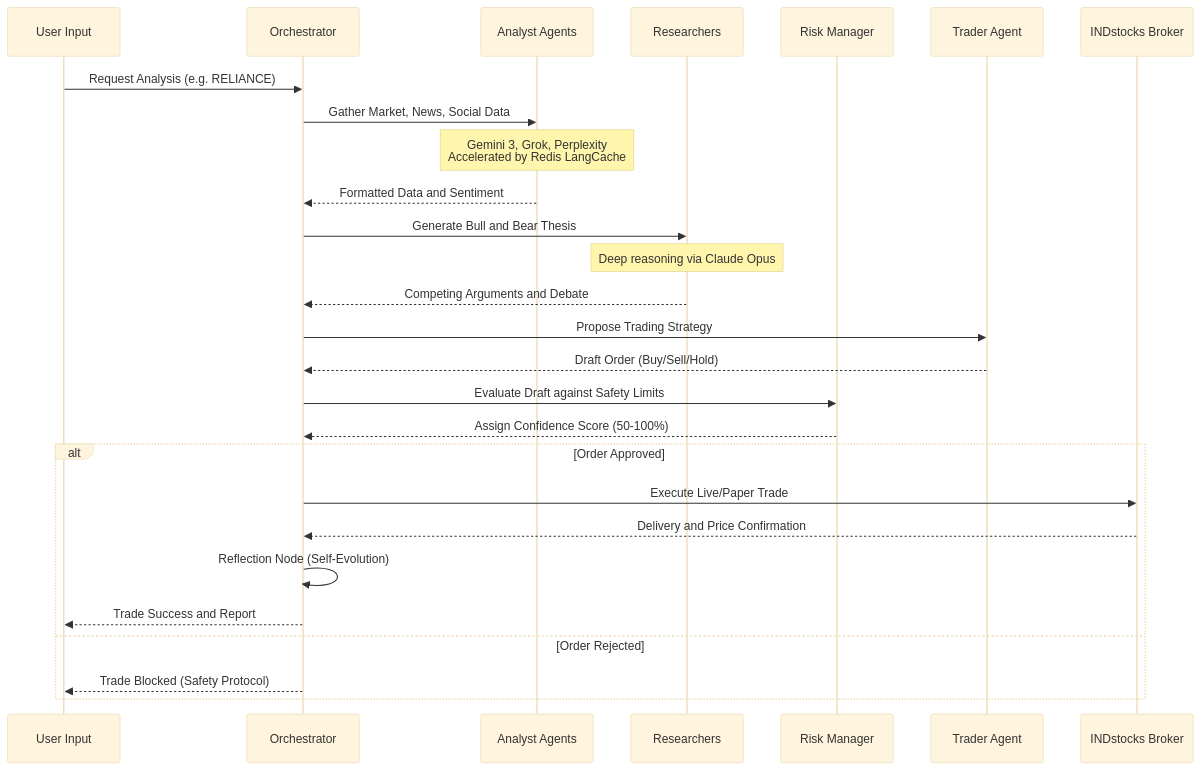
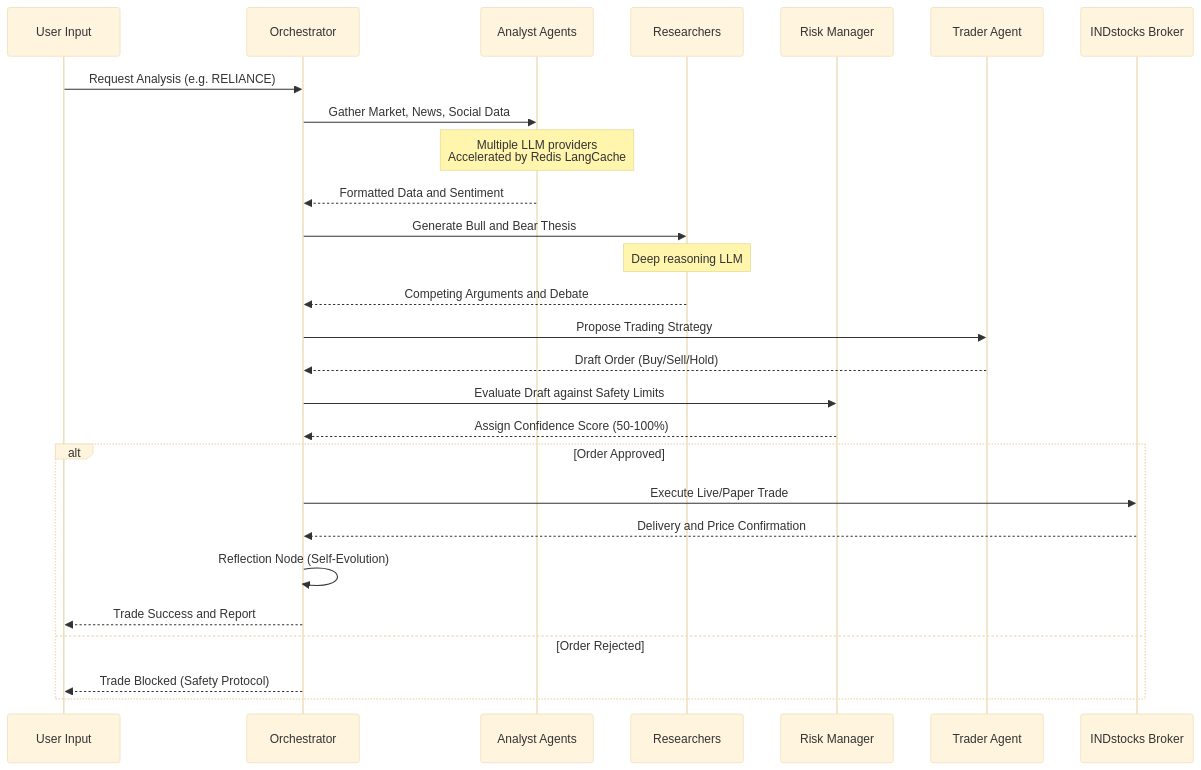
Before and after one commit to samuelvinay91/skopaqtrader: the second of 4 diagrams in README.md, drawn with Mermaid (base theme). The commit also changed other lines of this file and 10 other files, not shown here.

````diff
--- a/README.md
+++ b/README.md
@@ -118,30 +118,30 @@
 ```mermaid
 sequenceDiagram
     participant User as User Input
     participant Orch as Orchestrator
     participant Analysts as Analyst Agents
     participant Research as Researchers
     participant Risk as Risk Manager
     participant Trader as Trader Agent
     participant Broker as INDstocks Broker
 
     User->>Orch: Request Analysis (e.g. RELIANCE)
     Orch->>Analysts: Gather Market, News, Social Data
-    Note over Analysts: Gemini 3, Grok, Perplexity<br/>Accelerated by Redis LangCache
+    Note over Analysts: Multiple LLM providers<br/>Accelerated by Redis LangCache
     Analysts-->>Orch: Formatted Data and Sentiment
     Orch->>Research: Generate Bull and Bear Thesis
-    Note over Research: Deep reasoning via Claude Opus
+    Note over Research: Deep reasoning LLM
     Research-->>Orch: Competing Arguments and Debate
     Orch->>Trader: Propose Trading Strategy
     Trader-->>Orch: Draft Order (Buy/Sell/Hold)
     Orch->>Risk: Evaluate Draft against Safety Limits
     Risk-->>Orch: Assign Confidence Score (50-100%)
     alt Order Approved
         Orch->>Broker: Execute Live/Paper Trade
         Broker-->>Orch: Delivery and Price Confirmation
         Orch->>Orch: Reflection Node (Self-Evolution)
         Orch-->>User: Trade Success and Report
     else Order Rejected
         Orch-->>User: Trade Blocked (Safety Protocol)
     end
 ```
````
